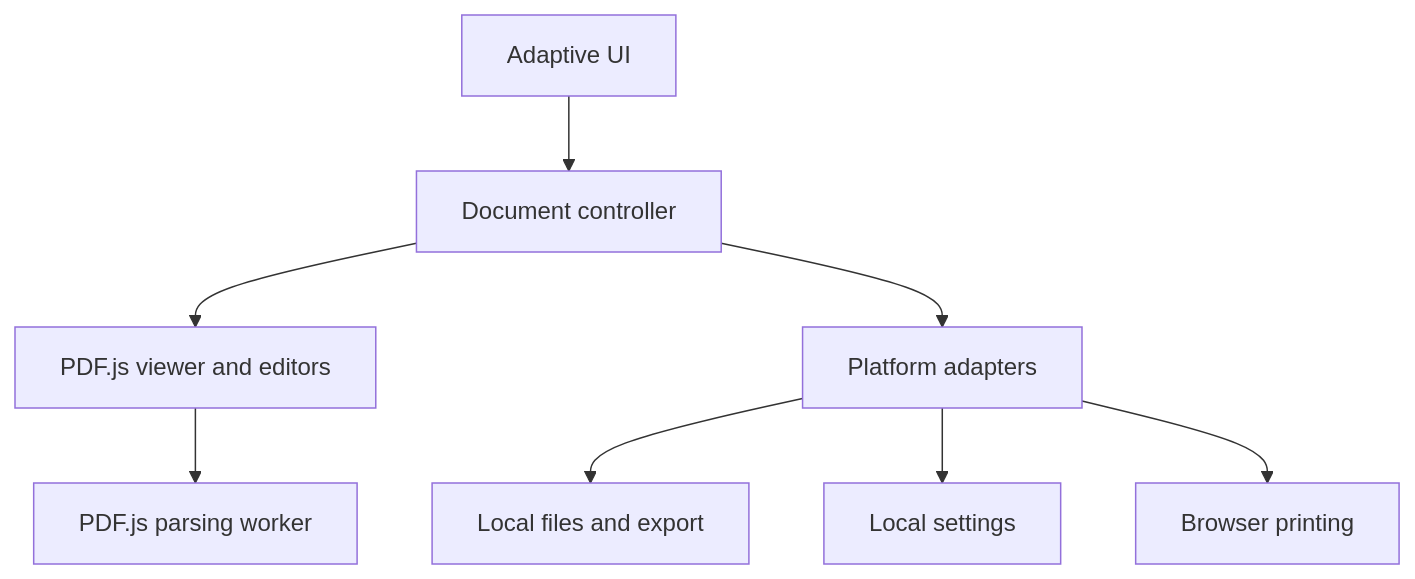
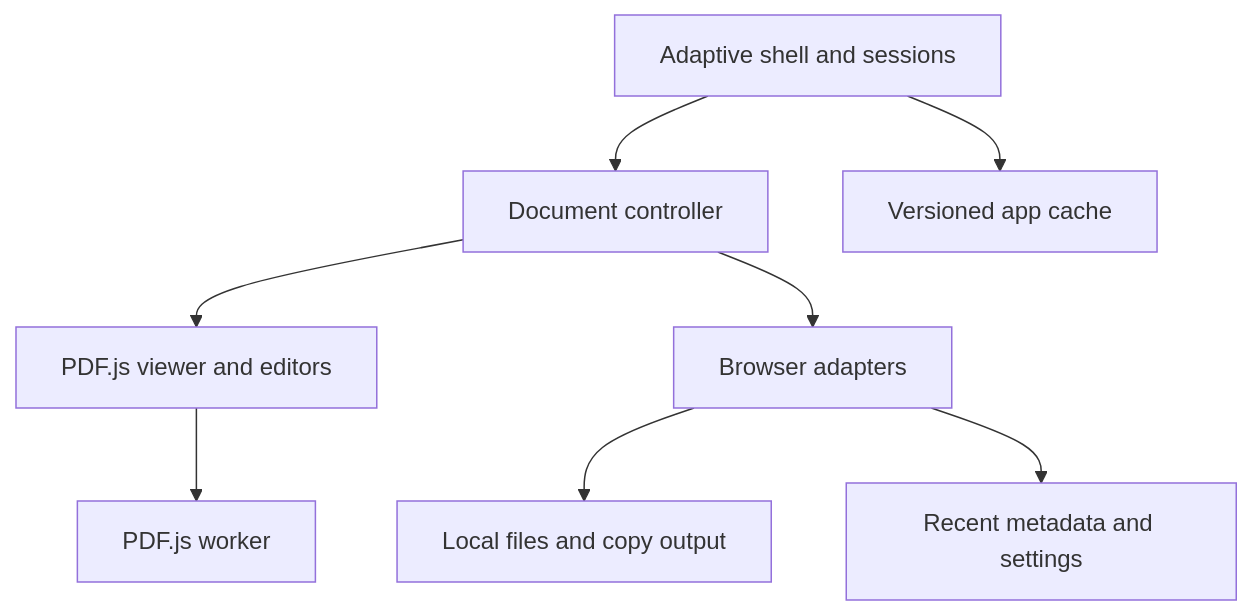
One commit to KingGogusV/Project-PDF-reader- changed the diagram in ARCHITECTURE.md. Above: the diagram before and after it, drawn with Mermaid. The commit also changed other lines of this file and 10 other files, not shown here.

````diff
--- a/ARCHITECTURE.md
+++ b/ARCHITECTURE.md
@@ -5,10 +5,10 @@
-```mermaid
+~~~mermaid
 flowchart TD
- UI[Adaptive UI] --> Controller[Document controller]
- Controller --> Viewer[PDF.js viewer and editors]
- Viewer --> Worker[PDF.js parsing worker]
- Controller --> Adapters[Platform adapters]
- Adapters --> Local[Local files and export]
- Adapters --> Settings[Local settings]
- Adapters --> Print[Browser printing]
-```
+ UI["Adaptive shell and sessions"] --> Core["Document controller"]
+ Core --> Viewer["PDF.js viewer and editors"]
+ Viewer --> Worker["PDF.js worker"]
+ Core --> Adapters["Browser adapters"]
+ Adapters --> Files["Local files and copy output"]
+ Adapters --> State["Recent metadata and settings"]
+ UI --> Cache["Versioned app cache"]
+~~~
````
